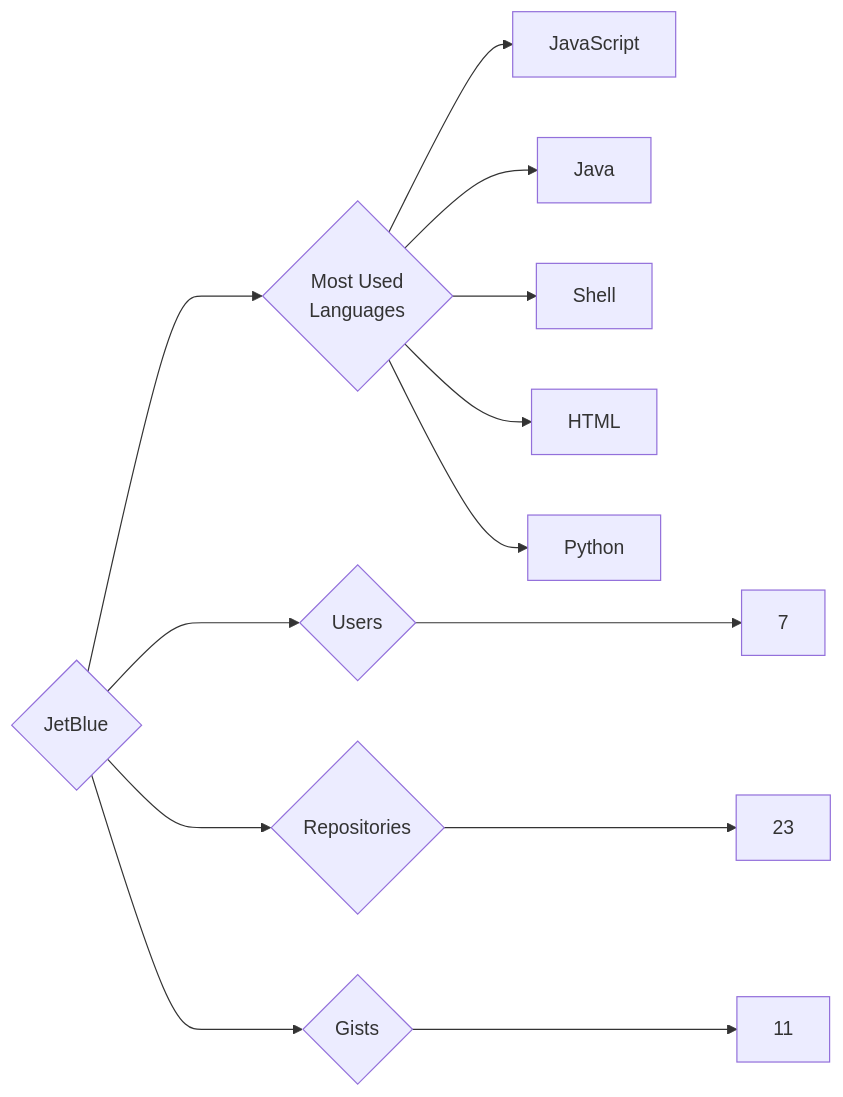
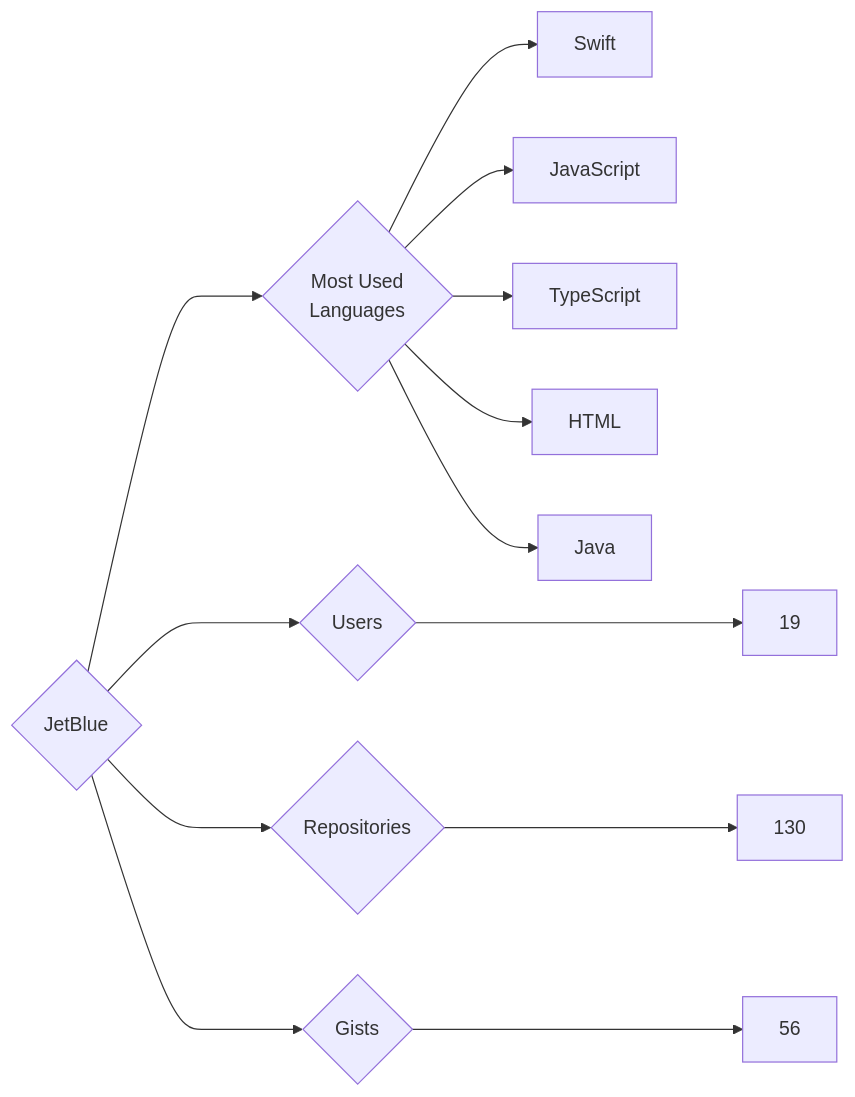
One commit to trickest/insiders changed the diagram in targets/JetBlue/README.md. Above: the diagram before and after it, drawn with Mermaid. The commit also changed 916 other files, not shown here.

````diff
--- a/targets/JetBlue/README.md
+++ b/targets/JetBlue/README.md
@@ -3,13 +3,13 @@
 ```mermaid
 graph LR
 COMPANY_NAME{JetBlue}
-COMPANY_NAME ---> U{Users} ---> UN[7]
-COMPANY_NAME ---> R{Repositories} ---> RN[23]
-COMPANY_NAME ---> G{Gists} ---> GN[11]
+COMPANY_NAME ---> U{Users} ---> UN[19]
+COMPANY_NAME ---> R{Repositories} ---> RN[130]
+COMPANY_NAME ---> G{Gists} ---> GN[56]
 COMPANY_NAME ---> ML{Most Used<br>Languages}
+ML --> Swift[Swift]
 ML --> JavaScript[JavaScript]
+ML --> TypeScript[TypeScript]
+ML --> HTML[HTML]
 ML --> Java[Java]
-ML --> Shell[Shell]
-ML --> HTML[HTML]
-ML --> Python[Python]
 ```
````
